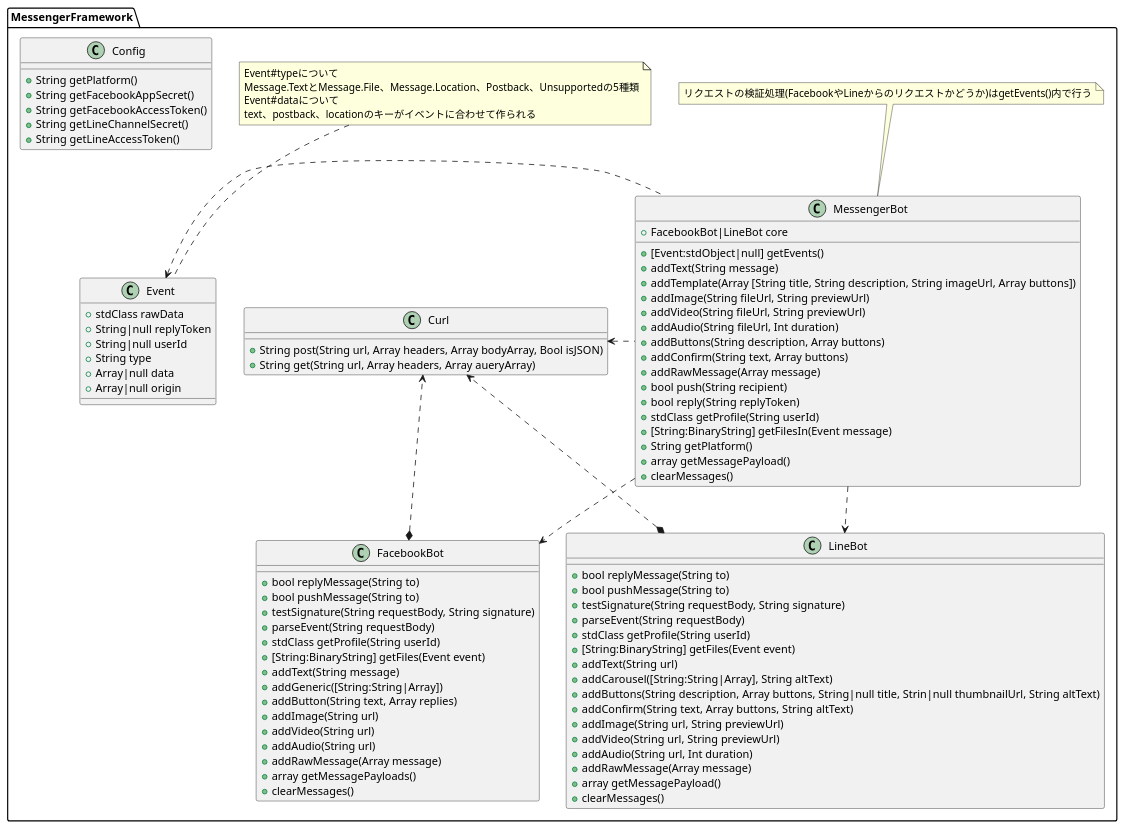
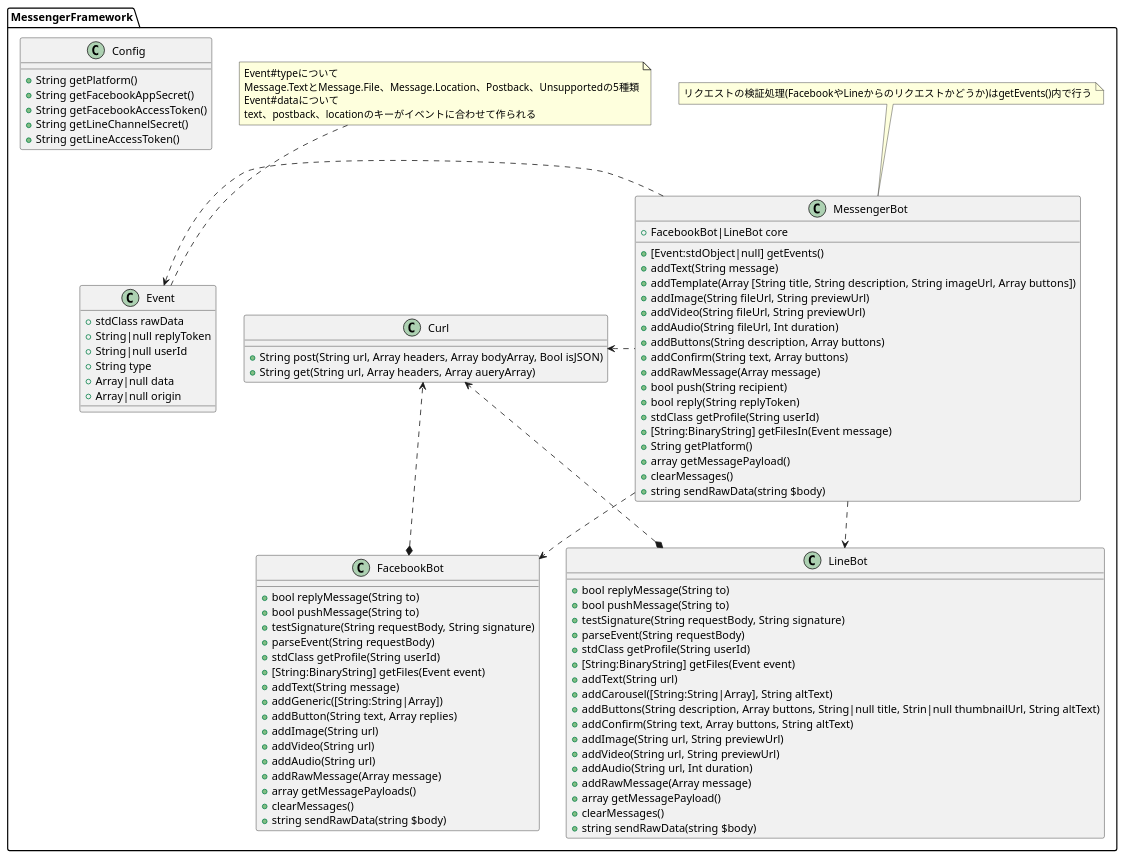
The diagram in docs/class-spec.puml (genies-inc/messenger-framework), drawn with PlantUML before and after one commit. The commit also changed 1 other file, not shown here.

Commit message:
Update クラスの仕様の図を更新

```diff
--- a/docs/class-spec.puml
+++ b/docs/class-spec.puml
@@ -1,108 +1,111 @@
 @startuml
 
 namespace MessengerFramework {
 
   class Event {
     + stdClass rawData
     + String|null replyToken
     + String|null userId
     + String type
     + Array|null data
     + Array|null origin
   }
 
   note top of Event
     Event#typeについて
     Message.TextとMessage.File、Message.Location、Postback、Unsupportedの5種類
     Event#dataについて
     text、postback、locationのキーがイベントに合わせて作られる
   end note
 
   class MessengerBot {
     + FacebookBot|LineBot core
     + [Event:stdObject|null] getEvents()
     + addText(String message)
     + addTemplate(Array [String title, String description, String imageUrl, Array buttons])
     + addImage(String fileUrl, String previewUrl)
     + addVideo(String fileUrl, String previewUrl)
     + addAudio(String fileUrl, Int duration)
     + addButtons(String description, Array buttons)
     + addConfirm(String text, Array buttons)
     + addRawMessage(Array message)
     + bool push(String recipient)
     + bool reply(String replyToken)
     + stdClass getProfile(String userId)
     + [String:BinaryString] getFilesIn(Event message)
     + String getPlatform()
     + array getMessagePayload()
     + clearMessages()
+    + string sendRawData(string $body)
   }
 
   note top of MessengerBot
     リクエストの検証処理(FacebookやLineからのリクエストかどうか)はgetEvents()内で行う
   end note
 
   class FacebookBot {
     + bool replyMessage(String to)
     + bool pushMessage(String to)
     + testSignature(String requestBody, String signature)
     + parseEvent(String requestBody)
     + stdClass getProfile(String userId)
     + [String:BinaryString] getFiles(Event event)
     + addText(String message)
     + addGeneric([String:String|Array])
     + addButton(String text, Array replies)
     + addImage(String url)
     + addVideo(String url)
     + addAudio(String url)
     + addRawMessage(Array message)
     + array getMessagePayloads()
     + clearMessages()
+    + string sendRawData(string $body)
   }
 
   class LineBot {
     + bool replyMessage(String to)
     + bool pushMessage(String to)
     + testSignature(String requestBody, String signature)
     + parseEvent(String requestBody)
     + stdClass getProfile(String userId)
     + [String:BinaryString] getFiles(Event event)
     + addText(String url)
     + addCarousel([String:String|Array], String altText)
     + addButtons(String description, Array buttons, String|null title, Strin|null thumbnailUrl, String altText)
     + addConfirm(String text, Array buttons, String altText)
     + addImage(String url, String previewUrl)
     + addVideo(String url, String previewUrl)
     + addAudio(String url, Int duration)
     + addRawMessage(Array message)
     + array getMessagePayload()
     + clearMessages()
+    + string sendRawData(string $body)
   }
 
   class Curl {
     + String post(String url, Array headers, Array bodyArray, Bool isJSON)
     + String get(String url, Array headers, Array aueryArray)
   }
 
   class Config {
     + String getPlatform()
     + String getFacebookAppSecret()
     + String getFacebookAccessToken()
     + String getLineChannelSecret()
     + String getLineAccessToken()
   }
 
 }
 
 ' MessengerFramework内の関連
 
 MessengerFramework.MessengerBot .d.> MessengerFramework.FacebookBot
 MessengerFramework.MessengerBot .d.> MessengerFramework.LineBot
 MessengerFramework.MessengerBot .l.> MessengerFramework.Curl
 MessengerFramework.MessengerBot .l.> MessengerFramework.Event
 
 MessengerFramework.FacebookBot *..> MessengerFramework.Curl
 
 MessengerFramework.LineBot *..> MessengerFramework.Curl
 
 @enduml
```
